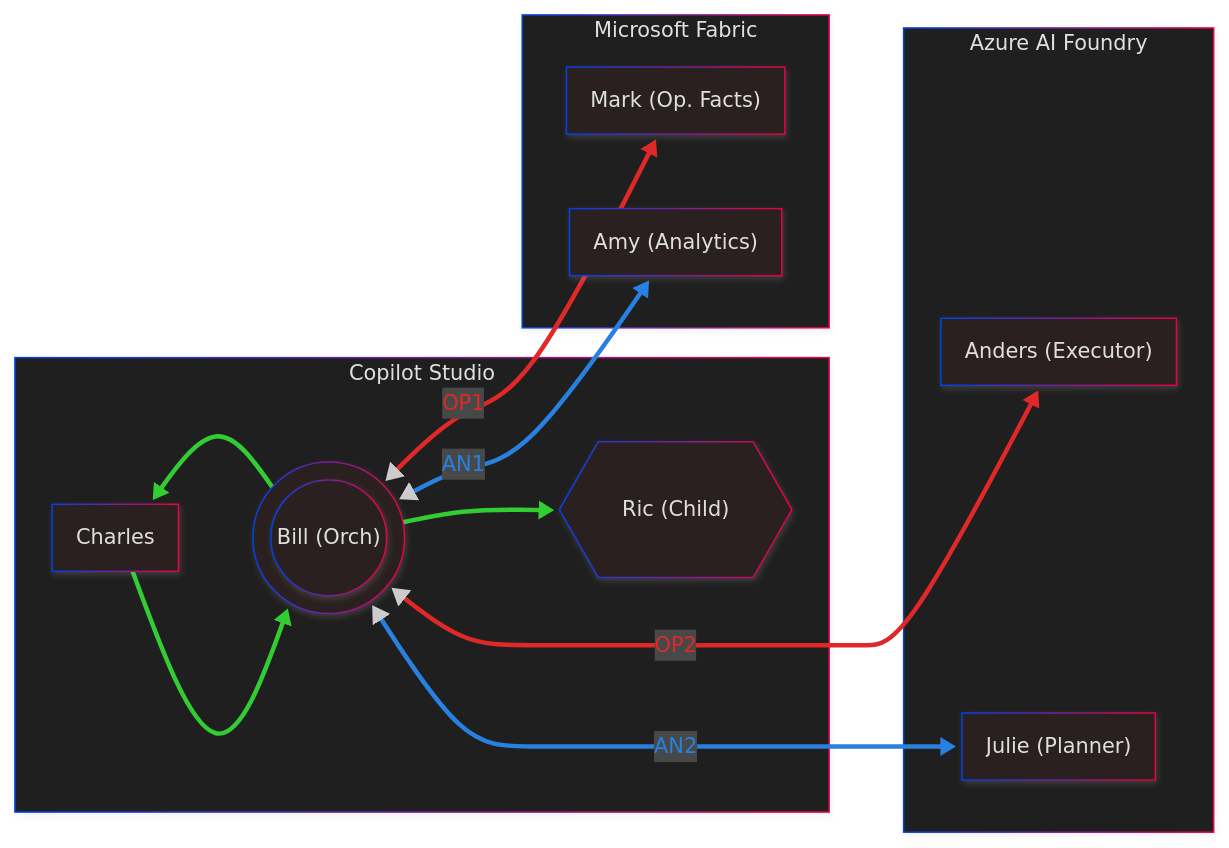
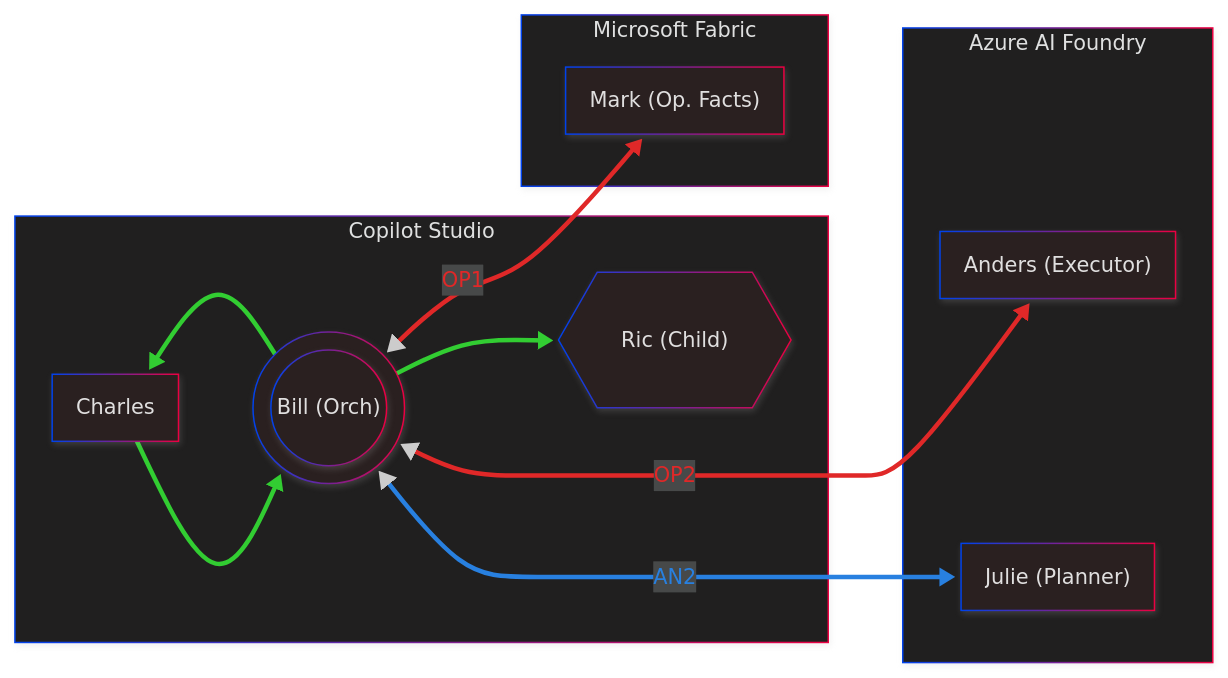
One commit to warnov/taller-multi-agentic changed the diagram in README.md. Above: the diagram before and after it, drawn with Mermaid. The commit also changed other lines of this file and 264 other files, not shown here.

````diff
--- a/README.md
+++ b/README.md
@@ -61,39 +63,36 @@
 ``` mermaid
 ---
 config:
   look: neo
   theme: neo-dark
 ---
 flowchart LR
  subgraph CS["Copilot Studio"]
         Charles["Charles"]
         Bill((("Bill (Orch)")))
         Ric{{"Ric (Child)"}}
   end
  subgraph MF["Microsoft Fabric"]
         Jeffrey["Mark (Op. Facts)"]
-        Amy["Amy (Analytics)"]
   end
  subgraph AF["Azure AI Foundry"]
         Anders["Anders (Executor)"]
         Julie["Julie (Planner)"]
   end
     MF ~~~ AF
     Charles L_Charles_Bill_0@--> Bill
     Bill L_Bill_Charles_0@--> Charles & Ric
     Bill <-- OP1 --> Jeffrey
     Bill <-- OP2 --> Anders
-    Bill <-- AN1 --> Amy
     Bill <-- AN2 --> Julie
 
     linkStyle 1 stroke:#32CD32,stroke-width:3px,color:#32CD32,fill:none
     linkStyle 2 stroke:#32CD32,stroke-width:3px,color:#32CD32,fill:none
     linkStyle 3 stroke:#32CD32,stroke-width:3px,color:#32CD32,fill:none
     linkStyle 4 stroke:#E02828,stroke-width:3px,color:#E02828,fill:none
     linkStyle 5 stroke:#E02828,stroke-width:3px,color:#E02828,fill:none
     linkStyle 6 stroke:#2880E0,stroke-width:3px,color:#2880E0,fill:none
-    linkStyle 7 stroke:#2880E0,stroke-width:3px,color:#2880E0,fill:none
 
     L_Charles_Bill_0@{ curve: natural } 
     L_Bill_Charles_0@{ curve: natural }
 ```
````
